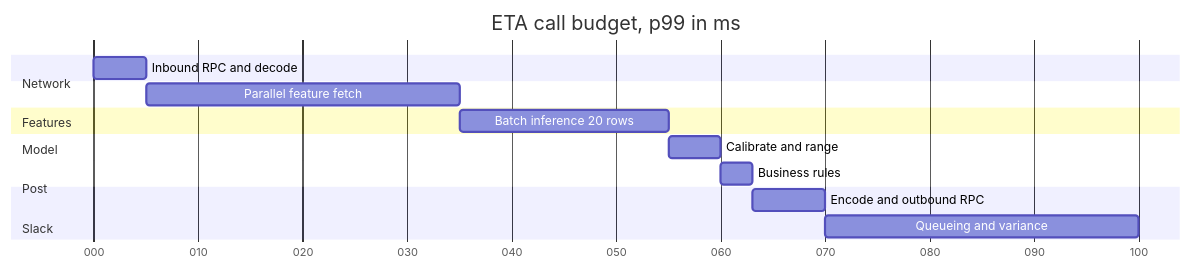
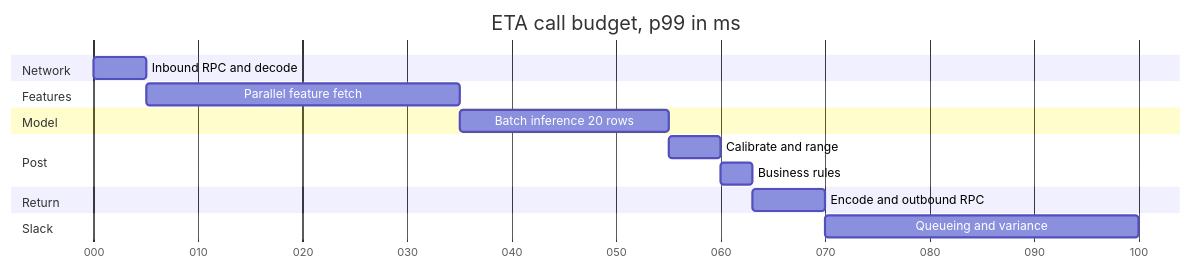
Before and after one commit to Sampath1-1-1/System-Design: the eighth of 12 diagrams in manuscript/book2-ml-ai/60-ml-system-architecture.md, drawn with Mermaid. The commit also changed other lines of this file and 1 other file, not shown here.

````diff
--- a/manuscript/book2-ml-ai/60-ml-system-architecture.md
+++ b/manuscript/book2-ml-ai/60-ml-system-architecture.md
@@ -674,19 +672,19 @@
 ```mermaid
 gantt
   title ETA call budget, p99 in ms
   dateFormat x
   axisFormat %L
   section Network
   Inbound RPC and decode     :n1, 0, 5
   section Features
   Parallel feature fetch     :f1, 5, 35
   section Model
   Batch inference 20 rows    :m1, 35, 55
   section Post
   Calibrate and range        :p1, 55, 60
   Business rules             :r1, 60, 63
-  section Network
+  section Return
   Encode and outbound RPC    :n2, 63, 70
   section Slack
   Queueing and variance      :s1, 70, 100
 ```
````
